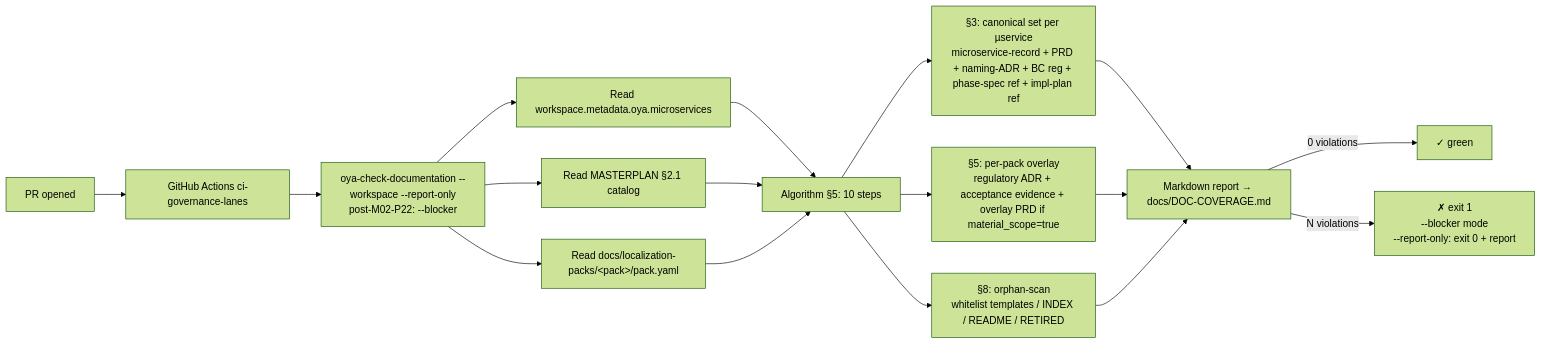
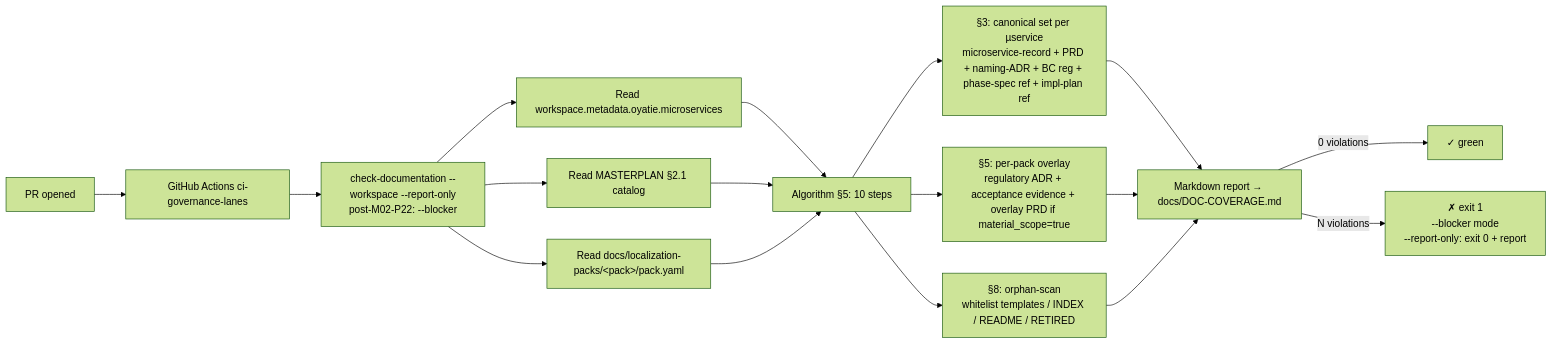
Before and after one commit to oyatie/oyatie: the fifth of 5 diagrams in docs/architecture/product-graph.md, drawn with Mermaid (forest theme). The commit also changed other lines of this file and 10649 other files, not shown here.

````diff
--- a/docs/architecture/product-graph.md
+++ b/docs/architecture/product-graph.md
@@ -625,19 +625,19 @@
 ```mermaid
 flowchart LR
     PR[PR opened] --> CI[GitHub Actions ci-governance-lanes]
-    CI --> CheckCov[oya-check-documentation --workspace --report-only<br/>post-M02-P22: --blocker]
-    CheckCov --> ReadWS[Read workspace.metadata.oya.microservices]
+    CI --> CheckCov[check-documentation --workspace --report-only<br/>post-M02-P22: --blocker]
+    CheckCov --> ReadWS[Read workspace.metadata.oyatie.microservices]
     CheckCov --> ReadMP[Read MASTERPLAN §2.1 catalog]
     CheckCov --> ReadPack[Read docs/localization-packs/&lt;pack&gt;/pack.yaml]
     ReadWS --> Algo[Algorithm §5: 10 steps]
     ReadMP --> Algo
     ReadPack --> Algo
     Algo --> Step3[§3: canonical set per µservice<br/>microservice-record + PRD + naming-ADR + BC reg + phase-spec ref + impl-plan ref]
     Algo --> Step5[§5: per-pack overlay<br/>regulatory ADR + acceptance evidence + overlay PRD if material_scope=true]
     Algo --> Step8[§8: orphan-scan<br/>whitelist templates / INDEX / README / RETIRED]
     Step3 --> Report[Markdown report → docs/DOC-COVERAGE.md]
     Step5 --> Report
     Step8 --> Report
     Report -->|0 violations| PASS[✓ green]
     Report -->|N violations| FAIL[✗ exit 1<br/>--blocker mode<br/>--report-only: exit 0 + report]
 ```
````
